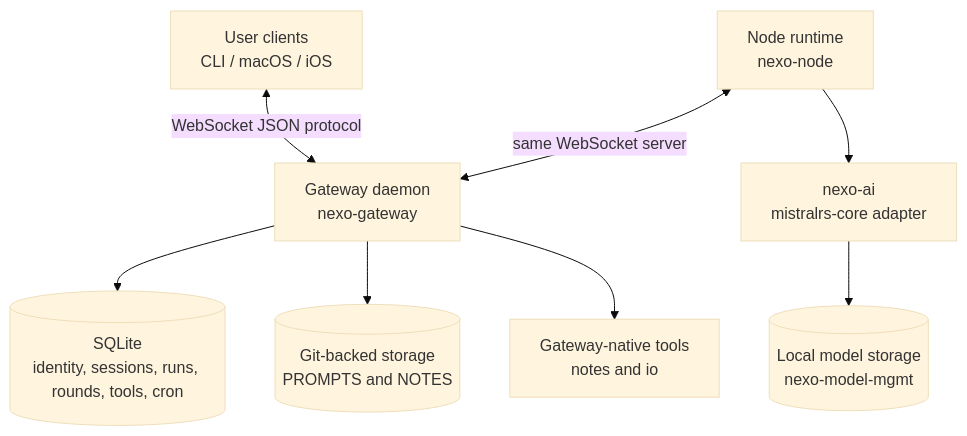
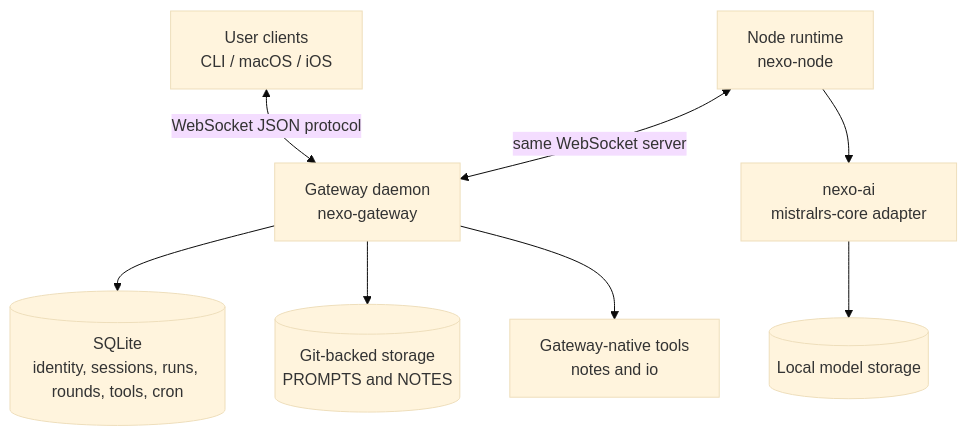
The first of 5 diagrams in docs/src/nexo/architecture.md (thiezn/NEXO), drawn with Mermaid (base theme) before and after one commit. The commit also changed 70 other files, not shown here.

Commit message:
Removed old nexo model management and implemented file downloads directly into nexo-ai

````diff
--- a/docs/src/nexo/architecture.md
+++ b/docs/src/nexo/architecture.md
@@ -25,10 +25,10 @@
 ```mermaid
 graph TD
     Client[User clients<br/>CLI / macOS / iOS] <-->|WebSocket JSON protocol| Gateway[Gateway daemon<br/>nexo-gateway]
     Node[Node runtime<br/>nexo-node] <-->|same WebSocket server| Gateway
     Gateway --> SQLite[(SQLite<br/>identity, sessions, runs, rounds, tools, cron)]
     Gateway --> GitStorage[(Git-backed storage<br/>PROMPTS and NOTES)]
     Gateway --> GatewayTools[Gateway-native tools<br/>notes and io]
     Node --> NexoAi[nexo-ai<br/>mistralrs-core adapter]
-    NexoAi --> Models[(Local model storage<br/>nexo-model-mgmt)]
+    NexoAi --> Models[(Local model storage)]
 ```
````
